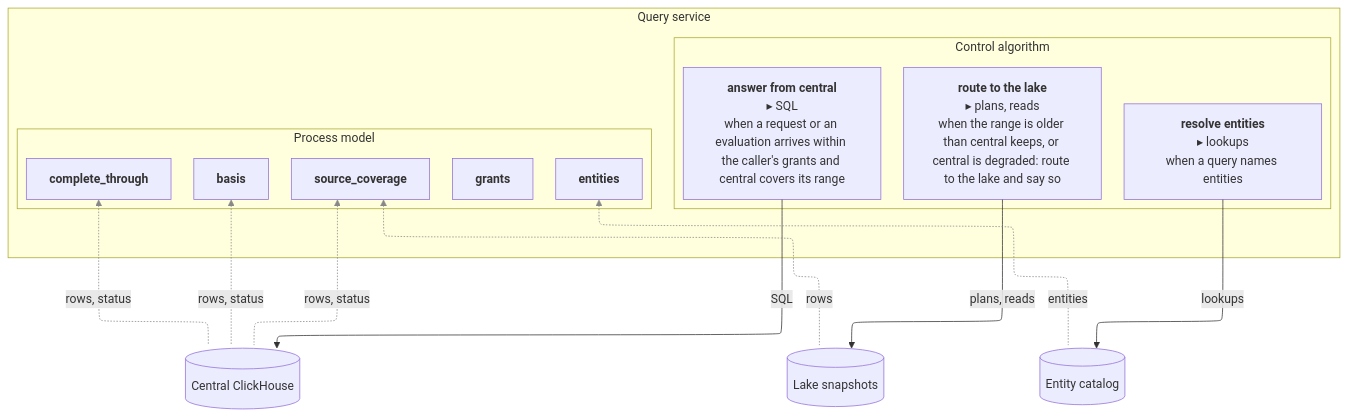
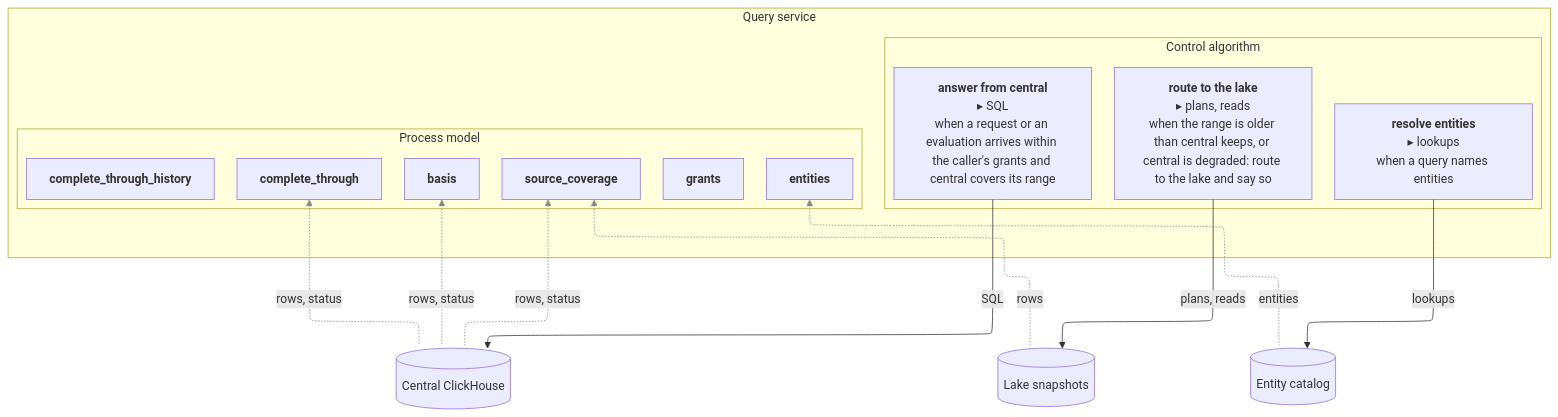
Before and after one commit to casselc/observability: the diagram in otel-chdb/stpa/generated/controller-qs.mmd, drawn with Mermaid. The commit also changed 31 other files, not shown here.

```diff
--- a/otel-chdb/stpa/generated/controller-qs.mmd
+++ b/otel-chdb/stpa/generated/controller-qs.mmd
@@ -1,33 +1,34 @@
 ---
 config:
   layout: elk
 ---
 flowchart TB
   %% Generated by otel-chdb/stpa/tools from records/controller-2f943e.md and structure.yaml. Do not edit.
   subgraph C["Query service"]
     subgraph CA["Control algorithm"]
       r1["<b>answer from central</b><br/>▸ SQL<br/>when a request or an evaluation arrives within the caller's grants and central covers its range"]
       r2["<b>route to the lake</b><br/>▸ plans, reads<br/>when the range is older than central keeps, or central is degraded: route to the lake and say so"]
       r3["<b>resolve entities</b><br/>▸ lookups<br/>when a query names entities"]
     end
     subgraph PM["Process model"]
       v1["<b>grants</b>"]
       v2["<b>complete_through</b>"]
       v3["<b>basis</b>"]
-      v4["<b>source_coverage</b>"]
-      v5["<b>entities</b>"]
+      v4["<b>complete_through_history</b>"]
+      v5["<b>source_coverage</b>"]
+      v6["<b>entities</b>"]
     end
   end
   ned00c7[("Central ClickHouse")]
   r1 -->|SQL| ned00c7
   v2 fb1@<-.->|rows, status| ned00c7
   v3 fb2@<-.->|rows, status| ned00c7
-  v4 fb3@<-.->|rows, status| ned00c7
+  v5 fb3@<-.->|rows, status| ned00c7
   nb29392[("Lake snapshots")]
   r2 -->|plans, reads| nb29392
-  v4 fb4@<-.->|rows| nb29392
+  v5 fb4@<-.->|rows| nb29392
   nce1c77[("Entity catalog")]
   r3 -->|lookups| nce1c77
-  v5 fb5@<-.->|entities| nce1c77
+  v6 fb5@<-.->|entities| nce1c77
   classDef fb stroke:#888,marker-end:none
   class fb1,fb2,fb3,fb4,fb5 fb
```
